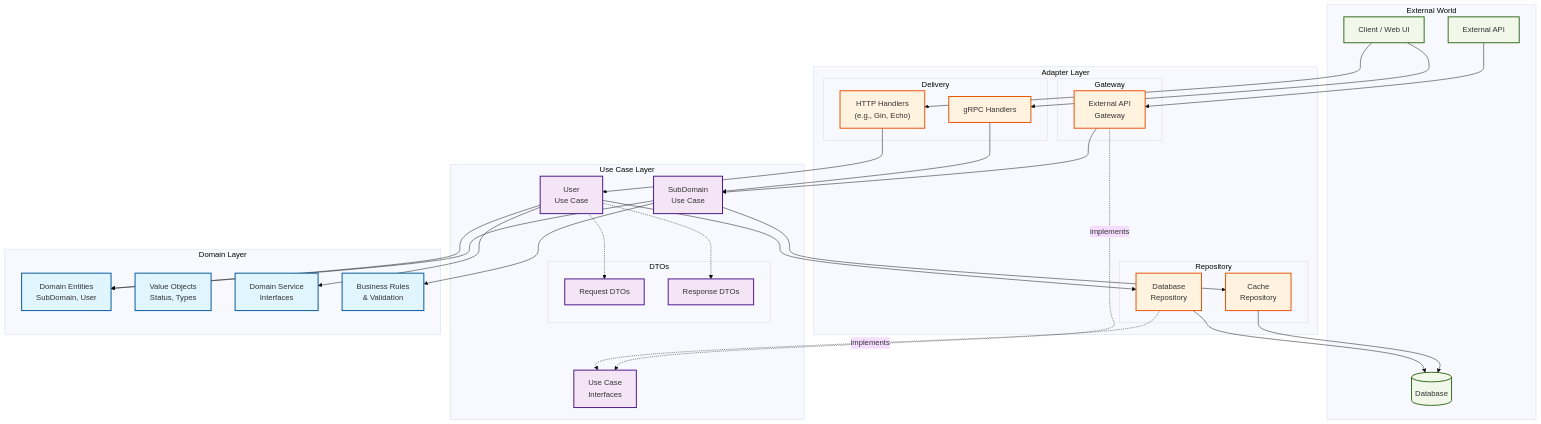
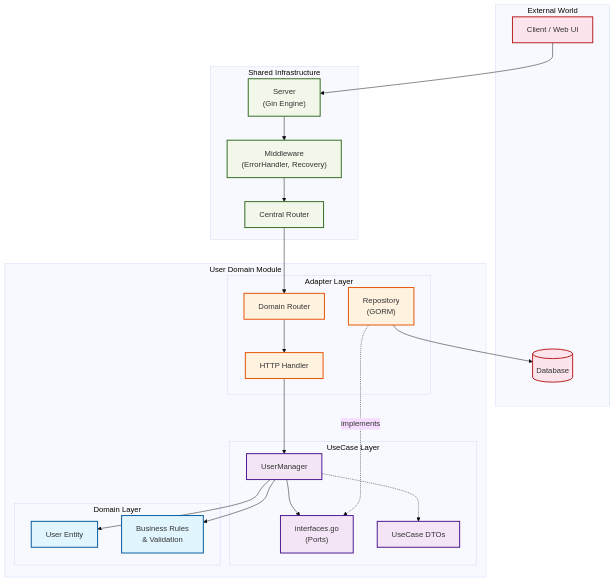
One commit to zhu327/go-clean-arch changed the diagram in README.md. Above: the diagram before and after it, drawn with Mermaid (base theme). The commit also changed other lines of this file and 67 other files, not shown here.

````diff
--- a/README.md
+++ b/README.md
@@ -21,82 +31,55 @@
 ```mermaid
 graph TD
     subgraph "External World"
         Client[Client / Web UI]
-        ExtAPI[External API]
         DB[(Database)]
     end
 
-    subgraph "Adapter Layer"
-        subgraph "Delivery"
-            HTTP["HTTP Handlers<br/>(e.g., Gin, Echo)"]
-            gRPC[gRPC Handlers]
+    subgraph "Shared Infrastructure"
+        Server["Server<br/>(Gin Engine)"]
+        Router["Central Router"]
+        MW["Middleware<br/>(ErrorHandler, Recovery)"]
+    end
+
+    subgraph "User Domain Module"
+        subgraph "Adapter Layer"
+            UserHTTP["HTTP Handler"]
+            UserRouter["Domain Router"]
+            UserRepo["Repository<br/>(GORM)"]
         end
-        
-        subgraph "Gateway"
-            APIGateway[External API<br/>Gateway]
+
+        subgraph "UseCase Layer"
+            UserManager["UserManager"]
+            UserInterfaces["interfaces.go<br/>(Ports)"]
+            UserDTO["UseCase DTOs"]
         end
-        
-        subgraph "Repository"
-            DBRepo[Database<br/>Repository]
-            CacheRepo[Cache<br/>Repository]
+
+        subgraph "Domain Layer"
+            UserEntity["User Entity"]
+            UserRules["Business Rules<br/>& Validation"]
         end
     end
 
-    subgraph "Use Case Layer"
-        UCInterface[Use Case<br/>Interfaces]
-        SubDomainUC[SubDomain<br/>Use Case]
-        UserUC[User<br/>Use Case]
-        
-        subgraph "DTOs"
-            ReqDTO[Request DTOs]
-            RespDTO[Response DTOs]
-        end
-    end
+    Client --> Server
+    Server --> MW --> Router
+    Router --> UserRouter --> UserHTTP
+    UserHTTP --> UserManager
+    UserManager --> UserInterfaces
+    UserRepo -.->|implements| UserInterfaces
+    UserManager --> UserEntity
+    UserManager --> UserRules
+    UserManager -.-> UserDTO
+    UserRepo --> DB
 
-    subgraph "Domain Layer"
-        Entities[Domain Entities<br/>SubDomain, User]
-        ValueObjects[Value Objects<br/>Status, Types]
-        DomainServices[Domain Service<br/>Interfaces]
-        BusinessRules["Business Rules<br/>& Validation"]
-    end
-
-    %% External connections
-    Client --> HTTP
-    Client --> gRPC
-    ExtAPI --> APIGateway
-    DBRepo --> DB
-    CacheRepo --> DB
-
-    %% Dependency direction (inward only)
-    HTTP --> UserUC
-    gRPC --> SubDomainUC
-    
-    APIGateway --> SubDomainUC
-    
-    UserUC --> DBRepo
-    SubDomainUC --> CacheRepo
-    
-    %% Use case to domain
-    UserUC --> Entities
-    UserUC --> DomainServices
-    SubDomainUC --> Entities
-    SubDomainUC --> BusinessRules
-    
-    %% DTOs used by use cases
-    UserUC -.-> ReqDTO
-    UserUC -.-> RespDTO
-    
-    %% Interface implementation (dependency inversion)
-    DBRepo -.->|implements| UCInterface
-    APIGateway -.->|implements| UCInterface
-    
     classDef domainStyle fill:#e1f5fe,stroke:#01579b,stroke-width:2px
     classDef usecaseStyle fill:#f3e5f5,stroke:#4a148c,stroke-width:2px
     classDef adapterStyle fill:#fff3e0,stroke:#e65100,stroke-width:2px
-    classDef externalStyle fill:#f1f8e9,stroke:#33691e,stroke-width:2px
-    
-    class Entities,ValueObjects,DomainServices,BusinessRules domainStyle
-    class UCInterface,SubDomainUC,UserUC,ReqDTO,RespDTO usecaseStyle
-    class HTTP,gRPC,APIGateway,DBRepo,CacheRepo adapterStyle
-    class Client,ExtAPI,DB externalStyle
+    classDef sharedStyle fill:#f1f8e9,stroke:#33691e,stroke-width:2px
+    classDef externalStyle fill:#fce4ec,stroke:#b71c1c,stroke-width:2px
+
+    class UserEntity,UserRules domainStyle
+    class UserManager,UserInterfaces,UserDTO usecaseStyle
+    class UserHTTP,UserRouter,UserRepo adapterStyle
+    class Server,Router,MW sharedStyle
+    class Client,DB externalStyle
 ```
````
